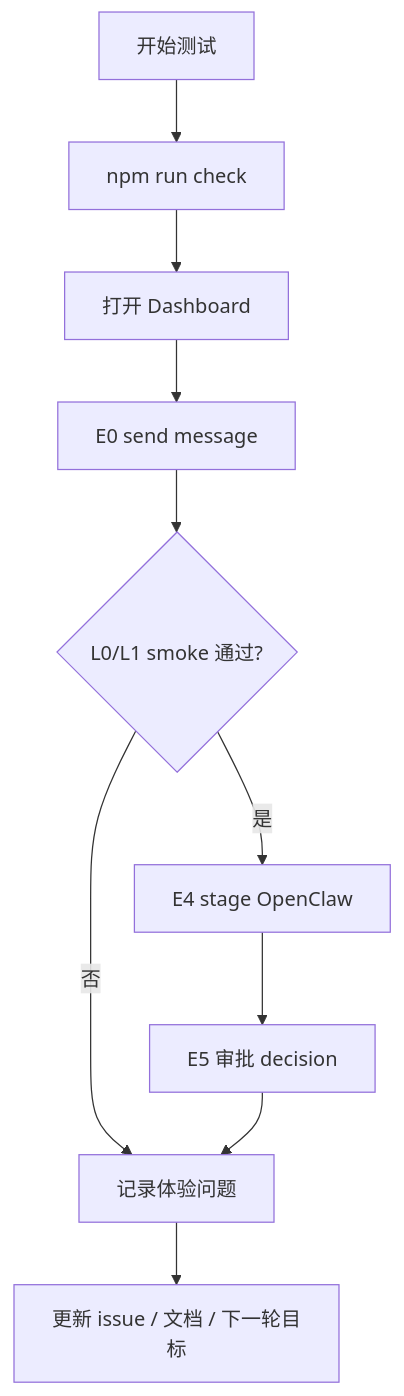
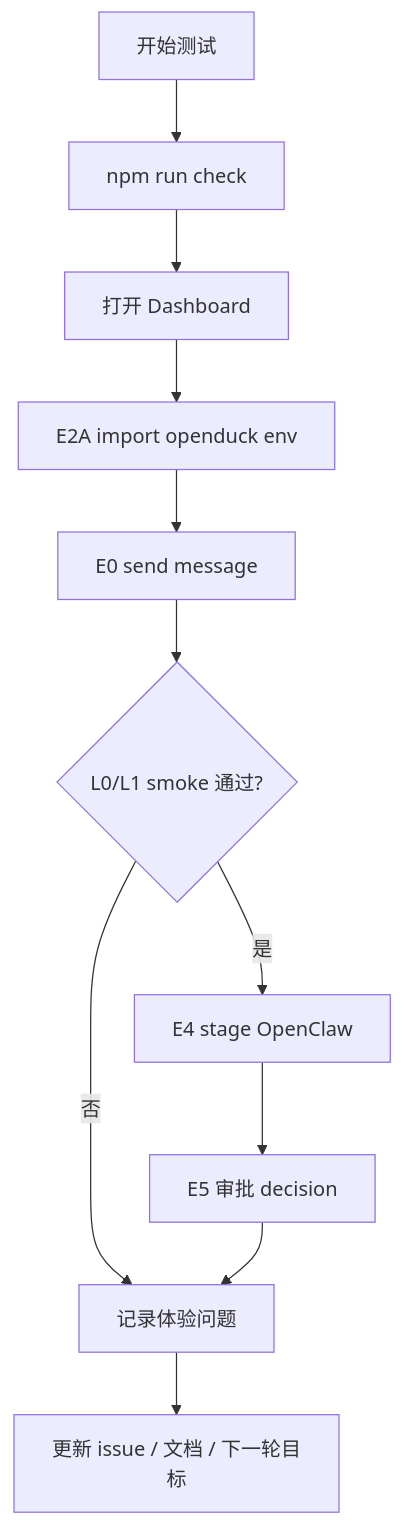
Before and after one commit to mayf3/myclaw: the second of 2 diagrams in docs/modules/human-testing-playbook.md, drawn with Mermaid. The commit also changed other lines of this file and 28 other files, not shown here.

Commit message:
feat: add safe openduck Feishu import

````diff
--- a/docs/modules/human-testing-playbook.md
+++ b/docs/modules/human-testing-playbook.md
@@ -62,12 +63,13 @@
 ```mermaid
 flowchart TD
   Start[开始测试] --> Check[npm run check]
   Check --> Dashboard[打开 Dashboard]
-  Dashboard --> Send[E0 send message]
+  Dashboard --> Import[E2A import openduck env]
+  Import --> Send[E0 send message]
   Send --> L0Gate{L0/L1 smoke 通过?}
   L0Gate -->|否| Record[记录阻塞证据]
   L0Gate -->|是| Stage[E4 stage OpenClaw]
   Stage --> Approval[E5 审批 decision]
   Approval --> Record[记录体验问题]
   Record --> Report[更新 issue / 文档 / 下一轮目标]
 ```
````
